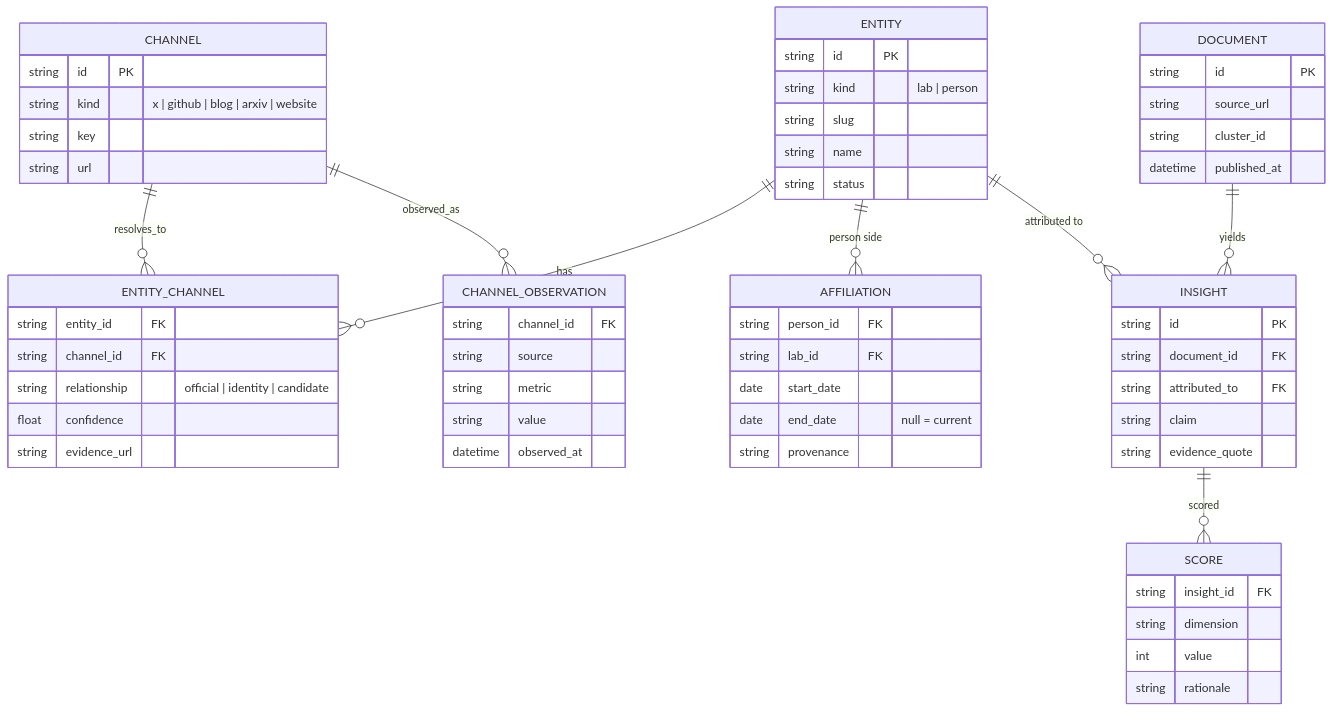
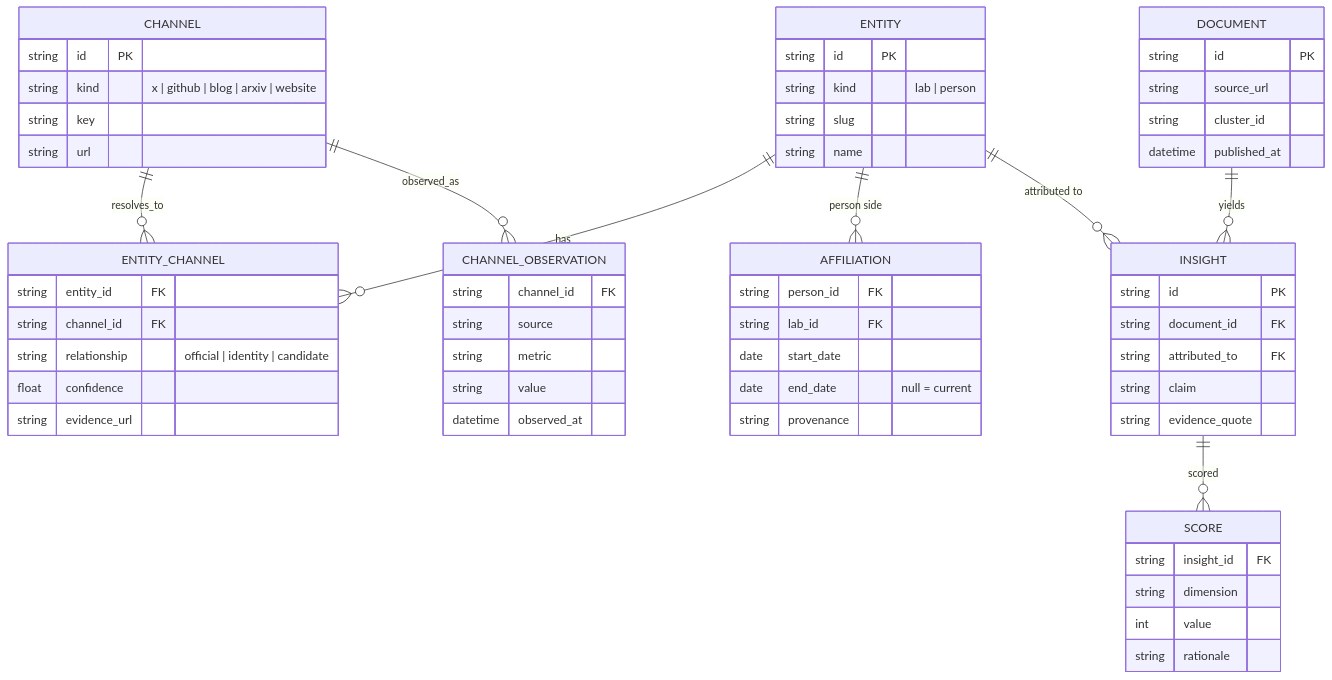
Before and after one commit to AdithyanI/frontier-lab-intelligence: the fourth of 4 diagrams in docs/architecture/overview.md, drawn with Mermaid. The commit also changed other lines of this file and 12 other files, not shown here.

````diff
--- a/docs/architecture/overview.md
+++ b/docs/architecture/overview.md
@@ -278,64 +302,63 @@
 ```mermaid
 erDiagram
     ENTITY {
         string id PK
         string kind "lab | person"
         string slug
         string name
-        string status
     }
     CHANNEL {
         string id PK
         string kind "x | github | blog | arxiv | website"
         string key
         string url
     }
     ENTITY_CHANNEL {
         string entity_id FK
         string channel_id FK
         string relationship "official | identity | candidate"
         float confidence
         string evidence_url
     }
     CHANNEL_OBSERVATION {
         string channel_id FK
         string source
         string metric
         string value
         datetime observed_at
     }
     AFFILIATION {
         string person_id FK
         string lab_id FK
         date start_date
         date end_date "null = current"
         string provenance
     }
     DOCUMENT {
         string id PK
         string source_url
         string cluster_id
         datetime published_at
     }
     INSIGHT {
         string id PK
         string document_id FK
         string attributed_to FK
         string claim
         string evidence_quote
     }
     SCORE {
         string insight_id FK
         string dimension
         int value
         string rationale
     }
 
     ENTITY ||--o{ ENTITY_CHANNEL : has
     CHANNEL ||--o{ ENTITY_CHANNEL : resolves_to
     CHANNEL ||--o{ CHANNEL_OBSERVATION : observed_as
     ENTITY ||--o{ AFFILIATION : "person side"
     ENTITY ||--o{ INSIGHT : "attributed to"
     DOCUMENT ||--o{ INSIGHT : yields
     INSIGHT ||--o{ SCORE : scored
 ```
````
